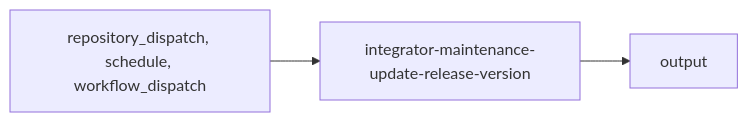
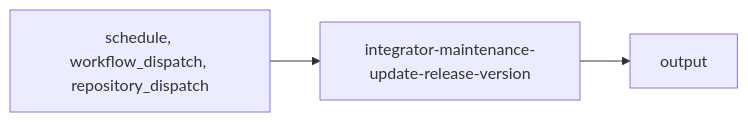
The diagram in .github/workspace/actions-library/integrators/maintenance/integrator-maintenance-update-release-version.mdx (its-DeFine/docs), drawn with Mermaid before and after one commit. The commit also changed other lines of this file and 57 other files, not shown here.

````diff
--- a/.github/workspace/actions-library/integrators/maintenance/integrator-maintenance-update-release-version.mdx
+++ b/.github/workspace/actions-library/integrators/maintenance/integrator-maintenance-update-release-version.mdx
@@ -43,5 +43,5 @@
 ```mermaid
 graph LR
-    TRIGGER["repository_dispatch, schedule, workflow_dispatch"] --> WF["integrator-maintenance-update-release-version"]
+    TRIGGER["schedule, workflow_dispatch, repository_dispatch"] --> WF["integrator-maintenance-update-release-version"]
     WF --> OUTPUT["output"]
 ```
````
